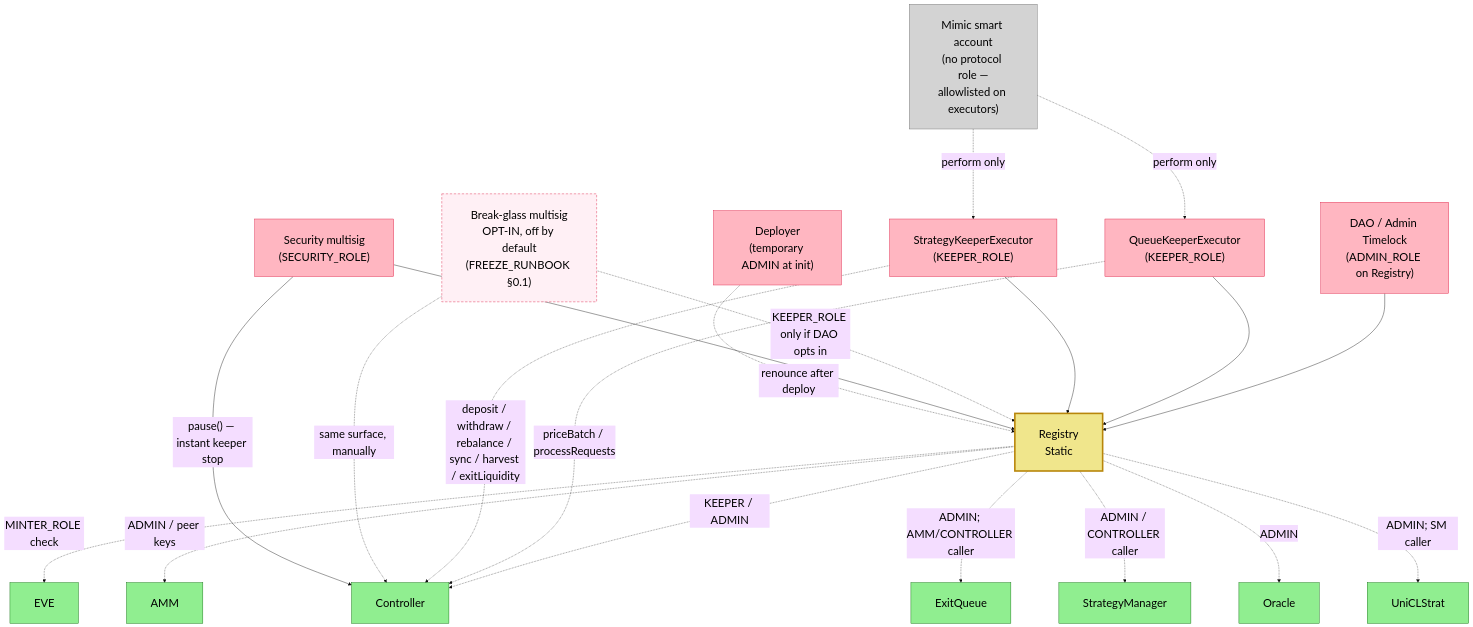
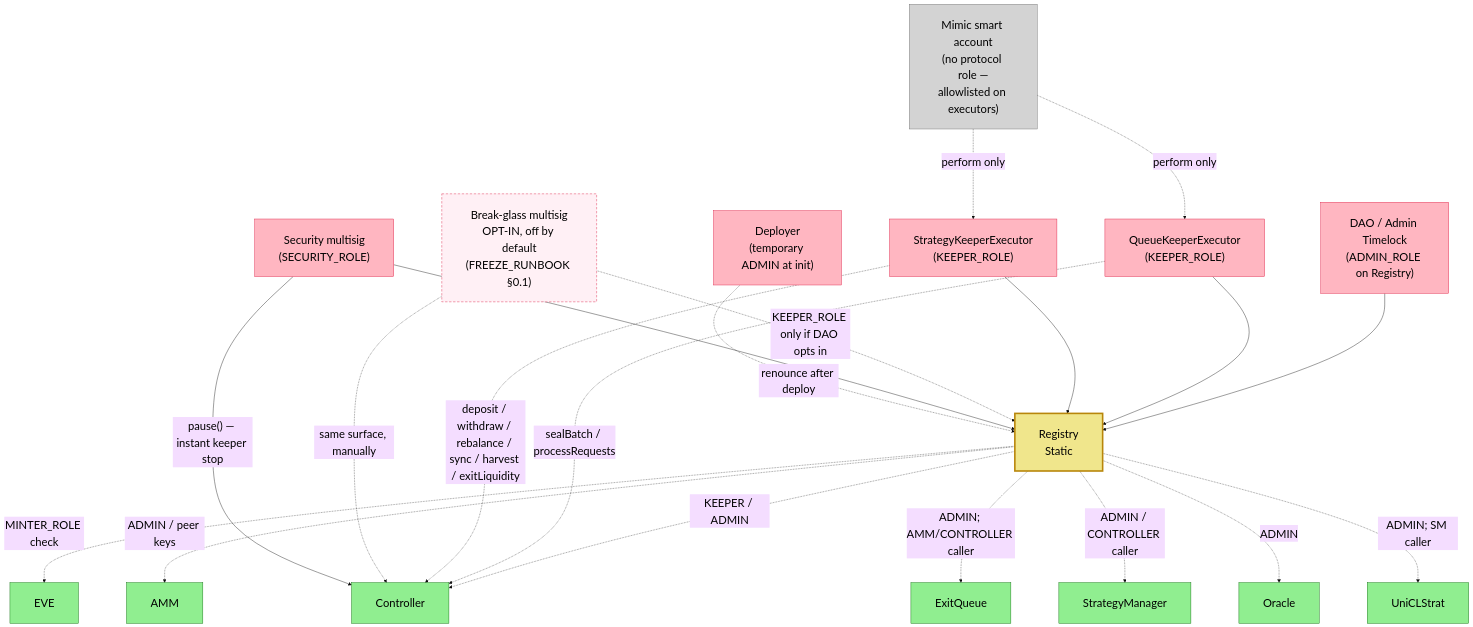
Before and after one commit to everstrat-xyz/contracts: the diagram in mermaid/access-control-diagram.md, drawn with Mermaid. The commit also changed 10 other files, not shown here.

````diff
--- a/mermaid/access-control-diagram.md
+++ b/mermaid/access-control-diagram.md
@@ -7,54 +7,54 @@
 ```mermaid
 %%{init: {'theme':'base', 'themeVariables': { 'fontSize': '28px', 'primaryTextColor': '#000000'}, 'flowchart': {'nodeSpacing': 120, 'rankSpacing': 120, 'padding': 30}}}%%
 graph TB
     DAO["DAO / Admin Timelock<br/>(ADMIN_ROLE on Registry)"]
     QueueKeeper["QueueKeeperExecutor<br/>(KEEPER_ROLE)"]
     StrategyKeeper["StrategyKeeperExecutor<br/>(KEEPER_ROLE)"]
     BreakGlass["Break-glass multisig<br/>OPT-IN, off by default<br/>(FREEZE_RUNBOOK §0.1)"]
     Security["Security multisig<br/>(SECURITY_ROLE)"]
     Deployer["Deployer<br/>(temporary ADMIN at init)"]
     Mimic["Mimic smart account<br/>(no protocol role —<br/>allowlisted on executors)"]
     
     Registry["Registry<br/>Static"]
     
     EVE["EVE"]
     AMM["AMM"]
     Controller["Controller"]
     ExitQueue["ExitQueue"]
     StrategyManager["StrategyManager"]
     Oracle["Oracle"]
     UniCLStrat["UniCLStrat"]
     
     DAO --> Registry
     QueueKeeper --> Registry
     StrategyKeeper --> Registry
     BreakGlass -.->|"KEEPER_ROLE only if DAO opts in"| Registry
     Security --> Registry
     Deployer -.->|"renounce after deploy"| Registry
     Mimic -.->|"perform only"| QueueKeeper
     Mimic -.->|"perform only"| StrategyKeeper
     
     Registry -.->|"MINTER_ROLE check"| EVE
     Registry -.->|"ADMIN / peer keys"| AMM
     Registry -.->|"KEEPER / ADMIN"| Controller
     Registry -.->|"ADMIN; AMM/CONTROLLER caller"| ExitQueue
     Registry -.->|"ADMIN / CONTROLLER caller"| StrategyManager
     Registry -.->|"ADMIN"| Oracle
     Registry -.->|"ADMIN; SM caller"| UniCLStrat
-    QueueKeeper -.->|"priceBatch / processRequests"| Controller
+    QueueKeeper -.->|"sealBatch / processRequests"| Controller
     StrategyKeeper -.->|"deposit / withdraw / rebalance / sync / harvest / exitLiquidity"| Controller
     BreakGlass -.->|"same surface, manually"| Controller
     Security -->|"pause() — instant keeper stop"| Controller
     
     classDef role fill:#FFB6C1,stroke:#DC143C
     classDef optin fill:#FFF0F5,stroke:#DC143C,stroke-dasharray: 6 4
     classDef hub fill:#F0E68C,stroke:#B8860B,stroke-width:4px
     classDef contract fill:#90EE90,stroke:#006400
     classDef external fill:#D3D3D3,stroke:#696969
     
     class DAO,QueueKeeper,StrategyKeeper,Security,Deployer role
     class BreakGlass optin
     class Registry hub
     class EVE,AMM,Controller,ExitQueue,StrategyManager,Oracle,UniCLStrat contract
     class Mimic external
 ```
````
